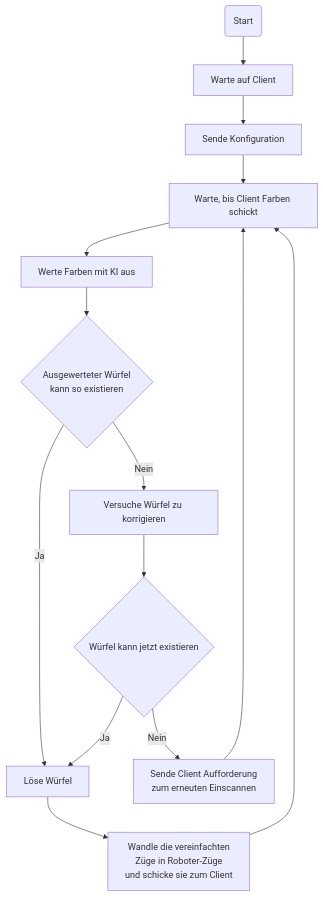
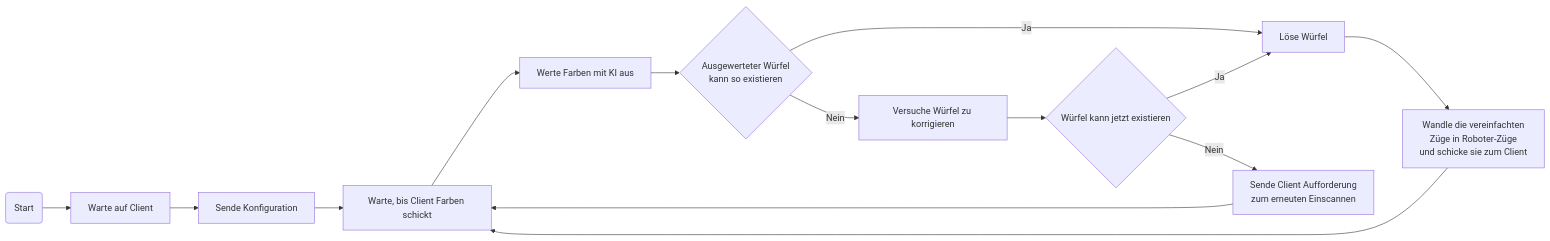
The diagram in docs/server/index.md (scaui0/scaui0.github.io), drawn with Mermaid before and after one commit. The commit also changed 1 other file, not shown here.

Commit message:
Change TD in diagrams to RL for readability

````diff
--- a/docs/server/index.md
+++ b/docs/server/index.md
@@ -21,16 +21,16 @@
     ```mermaid
-    graph TD
+    graph LR
         A(Start) --> B[Warte auf Client]
         B --> C[Sende Konfiguration]
         C --> D[Warte, bis Client Farben schickt]
         D --> E[Werte Farben mit KI aus]
         E --> F{Ausgewerteter Würfel \nkann so existieren}
         F --> |Nein|G[Versuche Würfel zu korrigieren]
         F --> |Ja|I[Löse Würfel]
         G --> H{Würfel kann jetzt existieren}
         H --> |Ja|I
         H --> |Nein|K[Sende Client Aufforderung \nzum erneuten Einscannen]
         K --> D
         I --> L[Wandle die vereinfachten \nZüge in Roboter-Züge\n und schicke sie zum Client]
         L --> D
     ```
````
